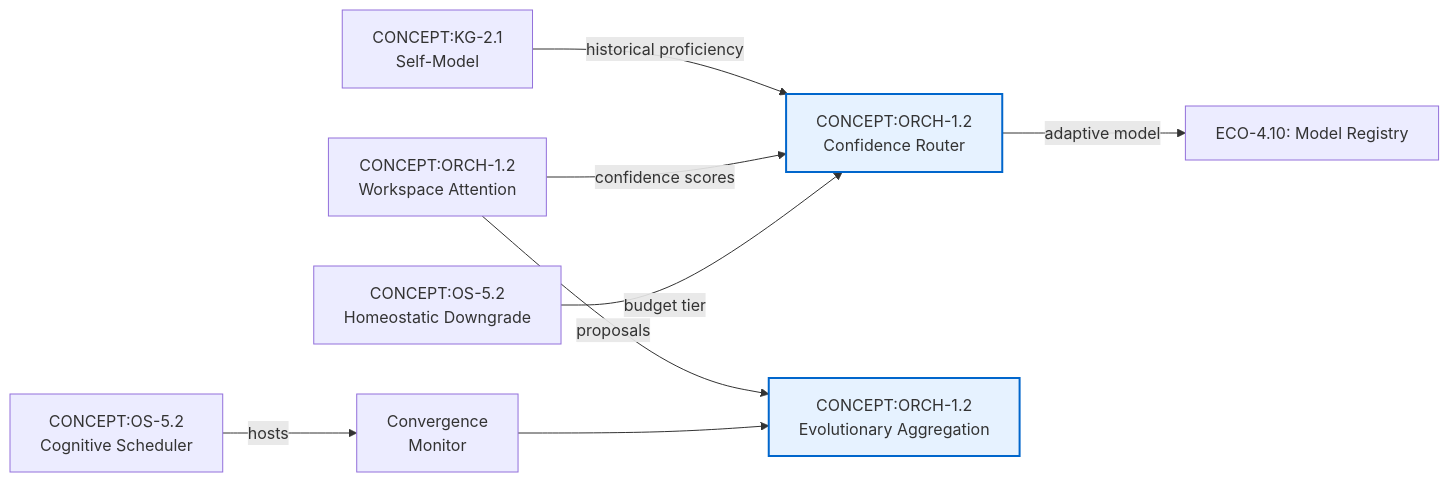
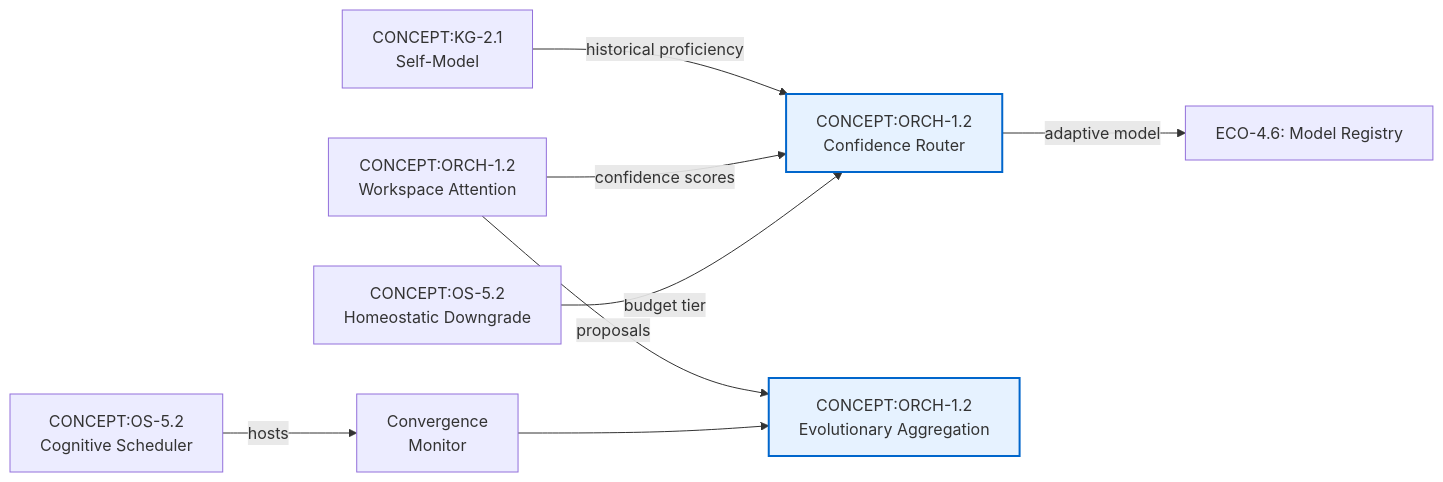
The third of 3 diagrams in docs/guides/squeeze-evolve-routing.md (Knuckles-Team/agent-utilities), drawn with Mermaid before and after one commit. The commit also changed 556 other files, not shown here.

````diff
--- a/docs/guides/squeeze-evolve-routing.md
+++ b/docs/guides/squeeze-evolve-routing.md
@@ -181,13 +181,13 @@
 ```mermaid
 graph LR
     AU016["CONCEPT:KG-2.1<br/>Self-Model"] -->|historical proficiency| AU039
     AU017["CONCEPT:ORCH-1.2<br/>Workspace Attention"] -->|confidence scores| AU039["CONCEPT:ORCH-1.2<br/>Confidence Router"]
     AU017 -->|proposals| AU040["CONCEPT:ORCH-1.2<br/>Evolutionary Aggregation"]
     AU033["CONCEPT:OS-5.2<br/>Homeostatic Downgrade"] -->|budget tier| AU039
     AU030["CONCEPT:OS-5.2<br/>Cognitive Scheduler"] -->|hosts| CM["Convergence<br/>Monitor"]
     CM --> AU040
-    AU039 -->|adaptive model| REG[ECO-4.10: Model Registry]
+    AU039 -->|adaptive model| REG[ECO-4.6: Model Registry]
 
     style AU039 fill:#e6f2ff,stroke:#0066cc,stroke-width:2px
     style AU040 fill:#e6f2ff,stroke:#0066cc,stroke-width:2px
 ```
````
